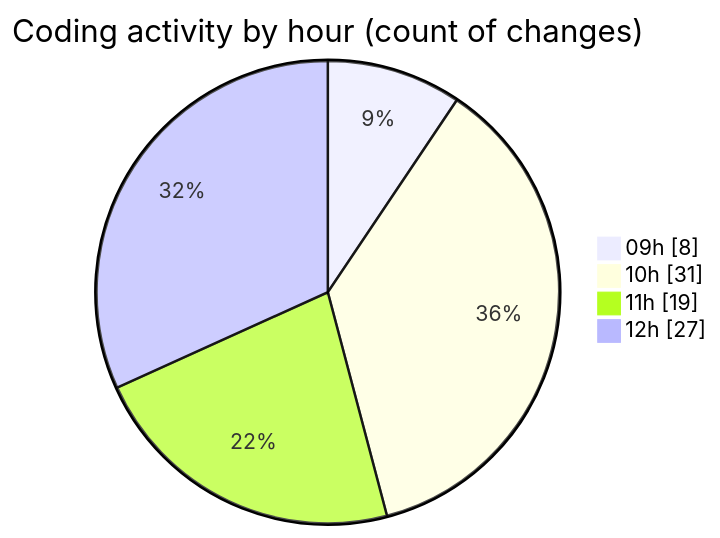
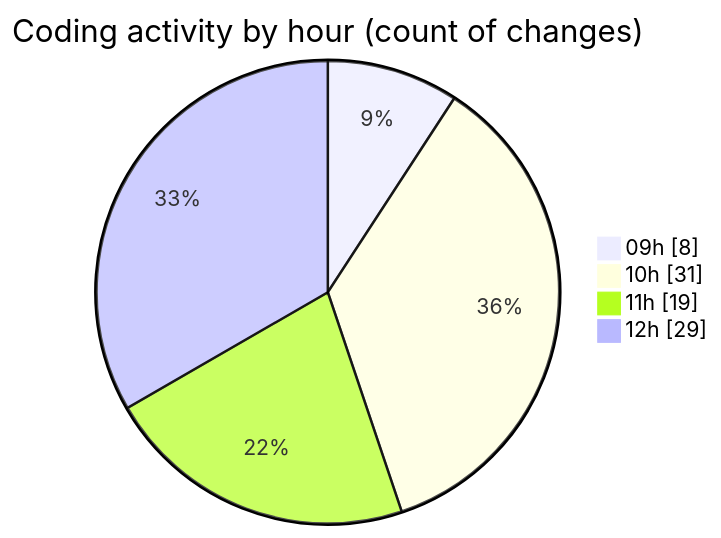
Before and after one commit to momahboobian/code-tracking: the second of 2 diagrams in 2025-06-12/cda/README.md, drawn with Mermaid. The commit also changed other lines of this file and 1 other file, not shown here.

````diff
--- a/2025-06-12/cda/README.md
+++ b/2025-06-12/cda/README.md
@@ -30,8 +30,8 @@
 ```mermaid
 pie showData
 title Coding activity by hour (count of changes)
 "09h" : 8
 "10h" : 31
 "11h" : 19
-"12h" : 27
+"12h" : 29
 ```
````
